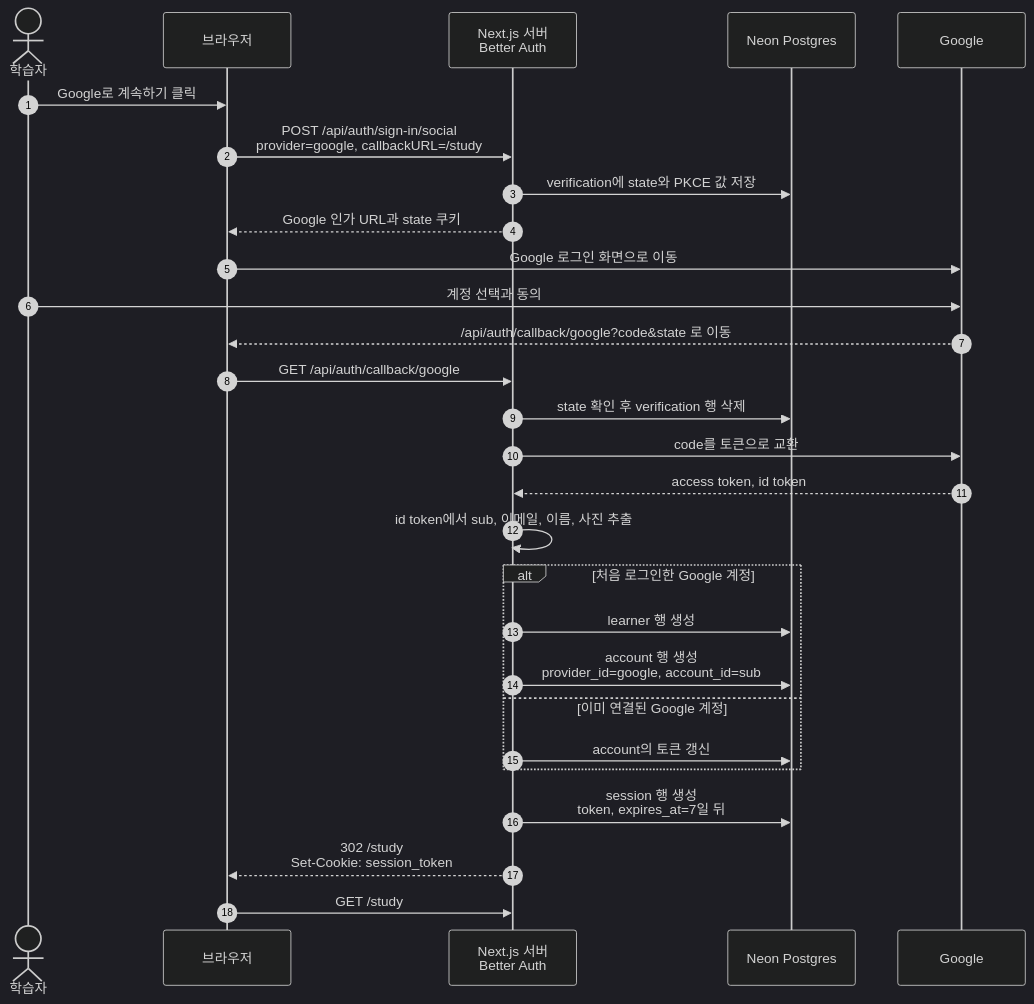
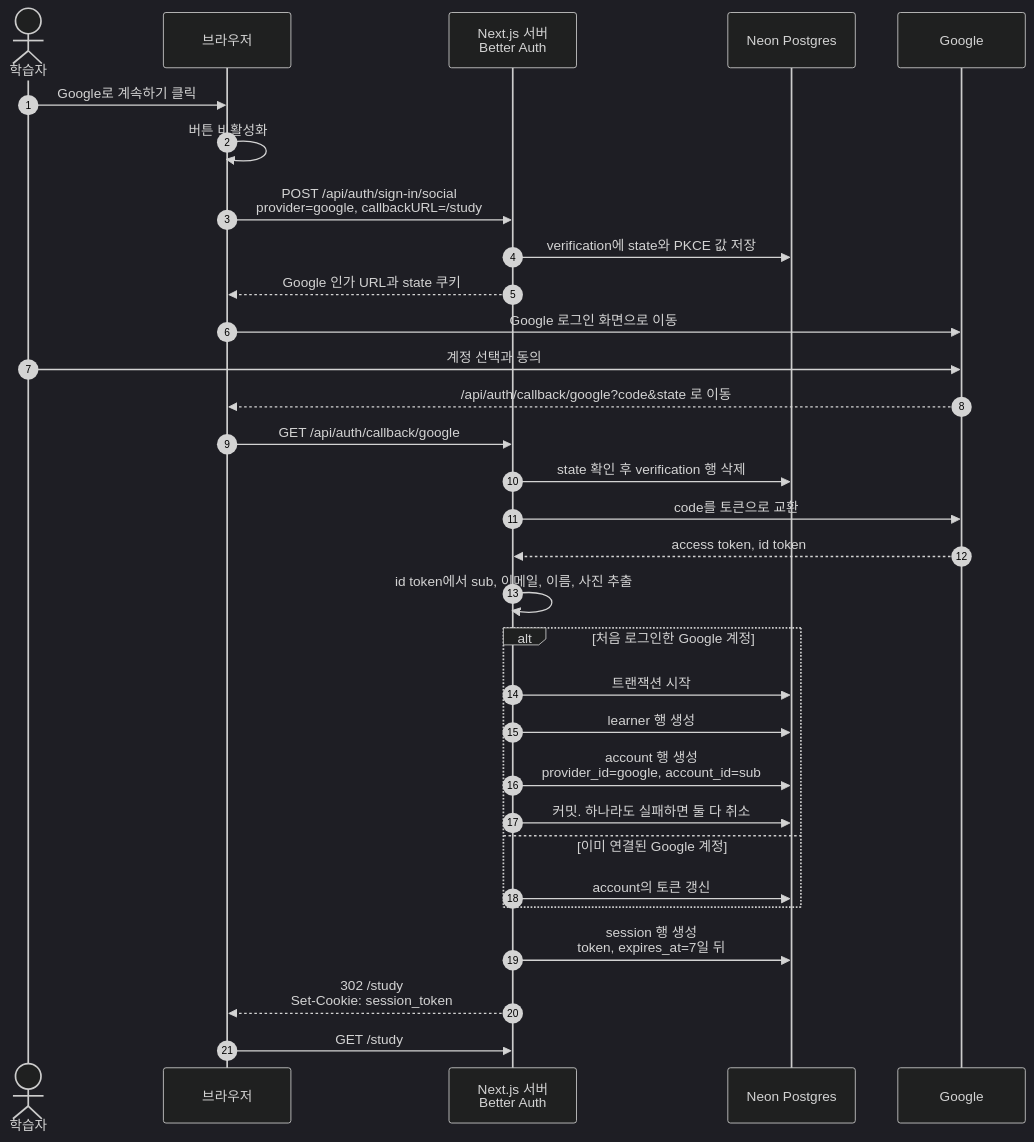
Before and after one commit to hm1n/silo-4th: the second of 6 diagrams in _docs/output/2026-11-02-social-login-design.md, drawn with Mermaid (dark theme). The commit also changed other lines of this file and 4 other files, not shown here.

````diff
--- a/_docs/output/2026-11-02-social-login-design.md
+++ b/_docs/output/2026-11-02-social-login-design.md
@@ -76,33 +92,36 @@
 ```mermaid
 sequenceDiagram
   autonumber
   actor L as 학습자
   participant B as 브라우저
   participant S as Next.js 서버<br/>Better Auth
   participant DB as Neon Postgres
   participant G as Google
 
   L->>B: Google로 계속하기 클릭
+  B->>B: 버튼 비활성화
   B->>S: POST /api/auth/sign-in/social<br/>provider=google, callbackURL=/study
   S->>DB: verification에 state와 PKCE 값 저장
   S-->>B: Google 인가 URL과 state 쿠키
   B->>G: Google 로그인 화면으로 이동
   L->>G: 계정 선택과 동의
   G-->>B: /api/auth/callback/google?code&state 로 이동
   B->>S: GET /api/auth/callback/google
   S->>DB: state 확인 후 verification 행 삭제
   S->>G: code를 토큰으로 교환
   G-->>S: access token, id token
   S->>S: id token에서 sub, 이메일, 이름, 사진 추출
 
   alt 처음 로그인한 Google 계정
+    S->>DB: 트랜잭션 시작
     S->>DB: learner 행 생성
     S->>DB: account 행 생성<br/>provider_id=google, account_id=sub
+    S->>DB: 커밋. 하나라도 실패하면 둘 다 취소
   else 이미 연결된 Google 계정
     S->>DB: account의 토큰 갱신
   end
 
   S->>DB: session 행 생성<br/>token, expires_at=7일 뒤
   S-->>B: 302 /study<br/>Set-Cookie: session_token
   B->>S: GET /study
 ```
````
